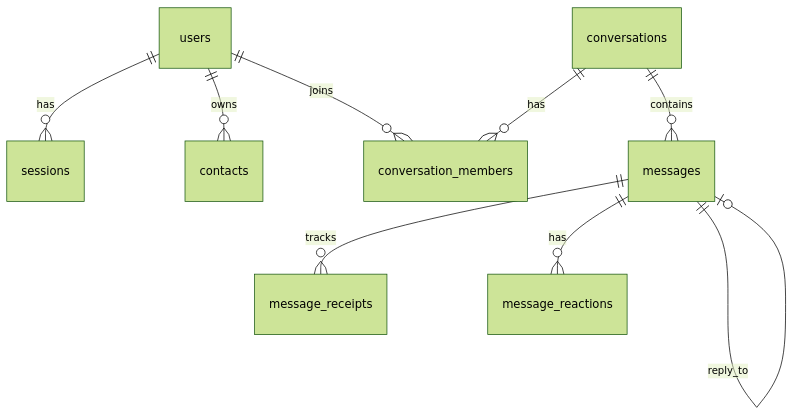
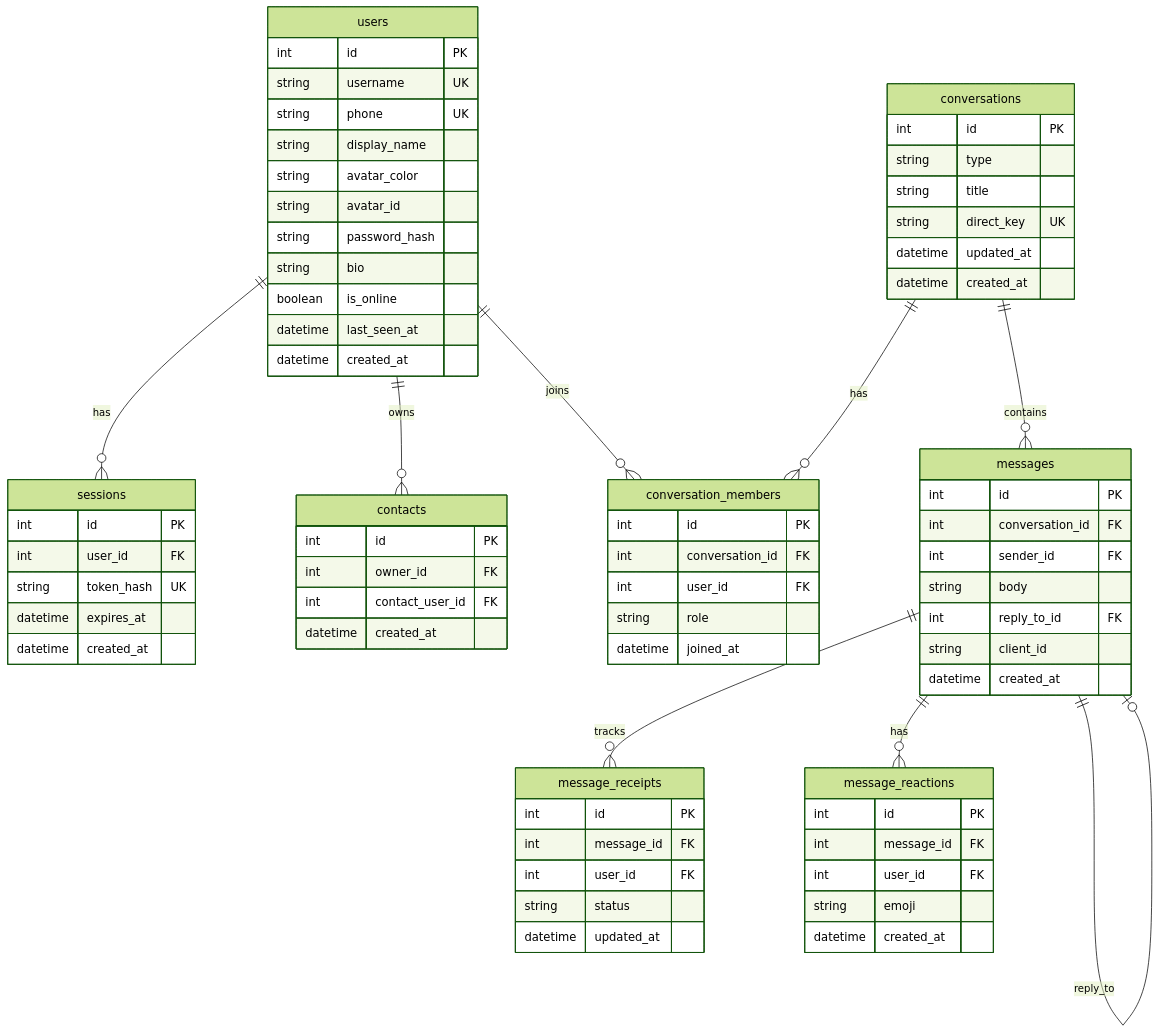
The third of 3 diagrams in docs/ARCHITECTURE.md (SlayerBit/signal-clone), drawn with Mermaid (forest theme) before and after one commit. The commit also changed other lines of this file and 27 other files, not shown here.

````diff
--- a/docs/ARCHITECTURE.md
+++ b/docs/ARCHITECTURE.md
@@ -106,11 +200,83 @@
 ```mermaid
 erDiagram
-  users ||--o{ sessions : has
-  users ||--o{ contacts : owns
-  users ||--o{ conversation_members : joins
-  conversations ||--o{ conversation_members : has
-  conversations ||--o{ messages : contains
-  messages ||--o{ message_receipts : tracks
-  messages ||--o{ message_reactions : has
-  messages ||--o| messages : reply_to
+  users ||--o{ sessions : "has"
+  users ||--o{ contacts : "owns"
+  users ||--o{ conversation_members : "joins"
+  conversations ||--o{ conversation_members : "has"
+  conversations ||--o{ messages : "contains"
+  messages ||--o{ message_receipts : "tracks"
+  messages ||--o{ message_reactions : "has"
+  messages ||--o| messages : "reply_to"
+
+  users {
+    int id PK
+    string username UK
+    string phone UK
+    string display_name
+    string avatar_color
+    string avatar_id
+    string password_hash
+    string bio
+    boolean is_online
+    datetime last_seen_at
+    datetime created_at
+  }
+
+  sessions {
+    int id PK
+    int user_id FK
+    string token_hash UK
+    datetime expires_at
+    datetime created_at
+  }
+
+  contacts {
+    int id PK
+    int owner_id FK
+    int contact_user_id FK
+    datetime created_at
+  }
+
+  conversations {
+    int id PK
+    string type
+    string title
+    string direct_key UK
+    datetime updated_at
+    datetime created_at
+  }
+
+  conversation_members {
+    int id PK
+    int conversation_id FK
+    int user_id FK
+    string role
+    datetime joined_at
+  }
+
+  messages {
+    int id PK
+    int conversation_id FK
+    int sender_id FK
+    string body
+    int reply_to_id FK
+    string client_id
+    datetime created_at
+  }
+
+  message_receipts {
+    int id PK
+    int message_id FK
+    int user_id FK
+    string status
+    datetime updated_at
+  }
+
+  message_reactions {
+    int id PK
+    int message_id FK
+    int user_id FK
+    string emoji
+    datetime created_at
+  }
 ```
````
